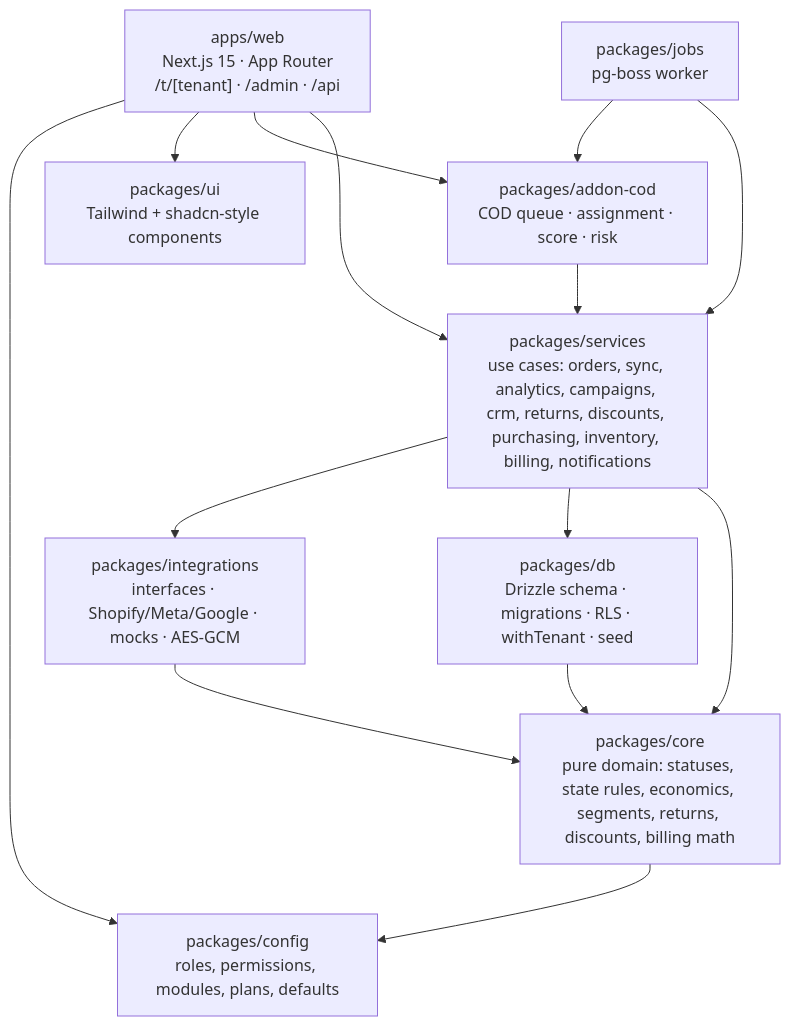
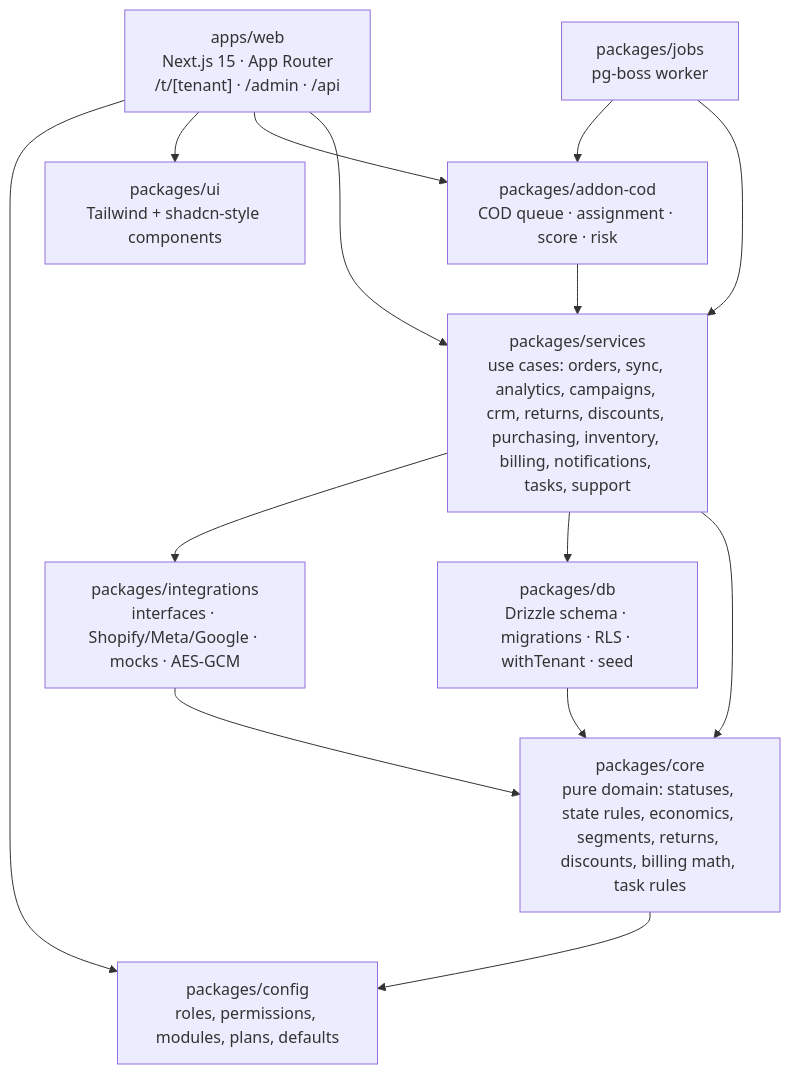
The first of 2 diagrams in docs/ARCHITECTURE.md (Federico1927/keel), drawn with Mermaid before and after one commit. The commit also changed other lines of this file and 94 other files, not shown here.

First line of the commit message:
notifications: notifications page, preferences, email templates, mentions inbox, staff tasks with rules, support tickets (#33)

````diff
--- a/docs/ARCHITECTURE.md
+++ b/docs/ARCHITECTURE.md
@@ -7,26 +7,26 @@
 ```mermaid
 flowchart TD
   web["apps/web<br/>Next.js 15 · App Router<br/>/t/[tenant] · /admin · /api"]
   jobs["packages/jobs<br/>pg-boss worker"]
   cod["packages/addon-cod<br/>COD queue · assignment · score · risk"]
-  services["packages/services<br/>use cases: orders, sync, analytics, campaigns, crm, returns, discounts, purchasing, inventory, billing, notifications"]
-  core["packages/core<br/>pure domain: statuses, state rules, economics, segments, returns, discounts, billing math"]
+  services["packages/services<br/>use cases: orders, sync, analytics, campaigns, crm, returns, discounts, purchasing, inventory, billing, notifications, tasks, support"]
+  core["packages/core<br/>pure domain: statuses, state rules, economics, segments, returns, discounts, billing math, task rules"]
   db["packages/db<br/>Drizzle schema · migrations · RLS · withTenant · seed"]
   integrations["packages/integrations<br/>interfaces · Shopify/Meta/Google · mocks · AES-GCM"]
   config["packages/config<br/>roles, permissions, modules, plans, defaults"]
   ui["packages/ui<br/>Tailwind + shadcn-style components"]
 
   web --> services
   web --> cod
   web --> ui
   jobs --> services
   jobs --> cod
   cod --> services
   services --> core
   services --> db
   services --> integrations
   db --> core
   integrations --> core
   core --> config
   web --> config
 ```
````
